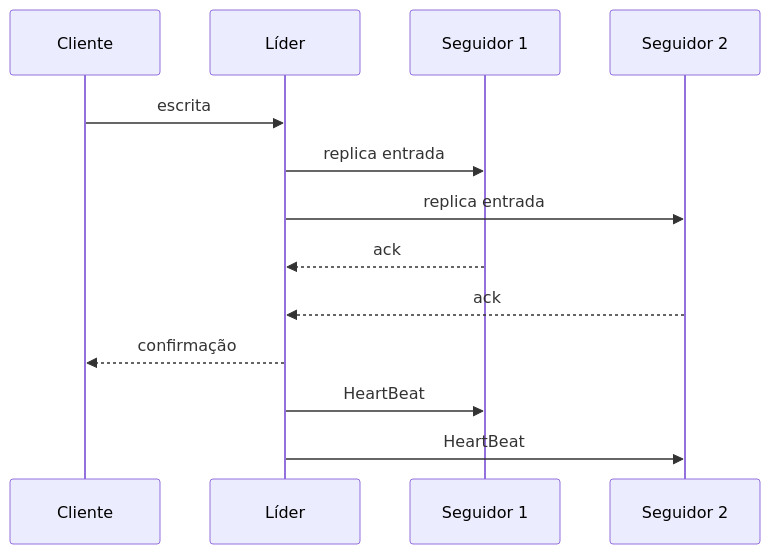
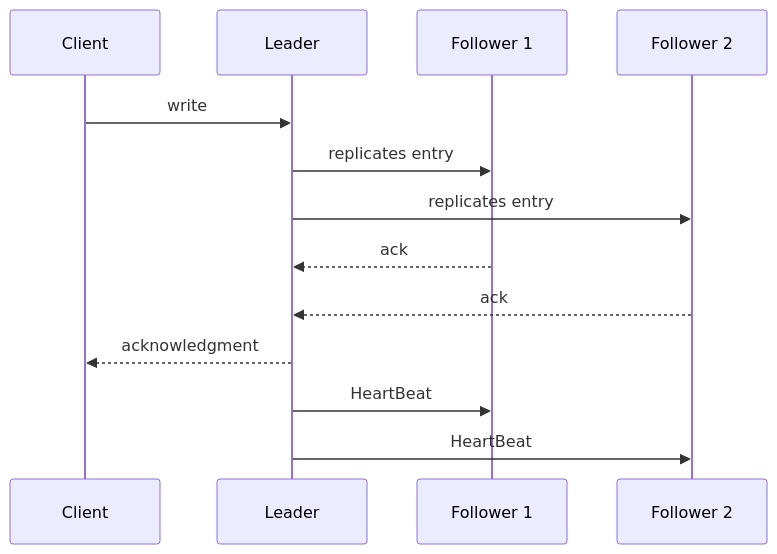
One commit to alancesar/design-patterns changed the diagram in docs/architecture/distributed-systems/data-replication/leader-and-followers.md. Above: the diagram before and after it, drawn with Mermaid. The commit also changed 258 other files, not shown here.

First line of the commit message:
Translate Mermaid diagrams to English

````diff
--- a/docs/architecture/distributed-systems/data-replication/leader-and-followers.md
+++ b/docs/architecture/distributed-systems/data-replication/leader-and-followers.md
@@ -55,15 +55,15 @@
 ```mermaid
 sequenceDiagram
-    participant Cl as Cliente
-    participant L as Líder
-    participant F1 as Seguidor 1
-    participant F2 as Seguidor 2
-    Cl->>L: escrita
-    L->>F1: replica entrada
-    L->>F2: replica entrada
+    participant Cl as Client
+    participant L as Leader
+    participant F1 as Follower 1
+    participant F2 as Follower 2
+    Cl->>L: write
+    L->>F1: replicates entry
+    L->>F2: replicates entry
     F1-->>L: ack
     F2-->>L: ack
-    L-->>Cl: confirmação
+    L-->>Cl: acknowledgment
     L->>F1: HeartBeat
     L->>F2: HeartBeat
 ```
````
